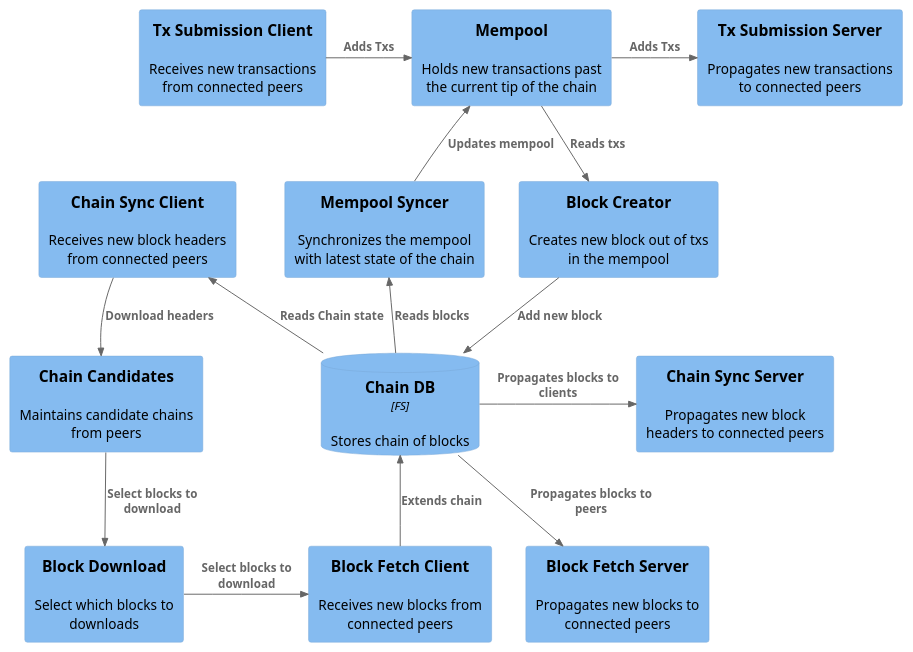
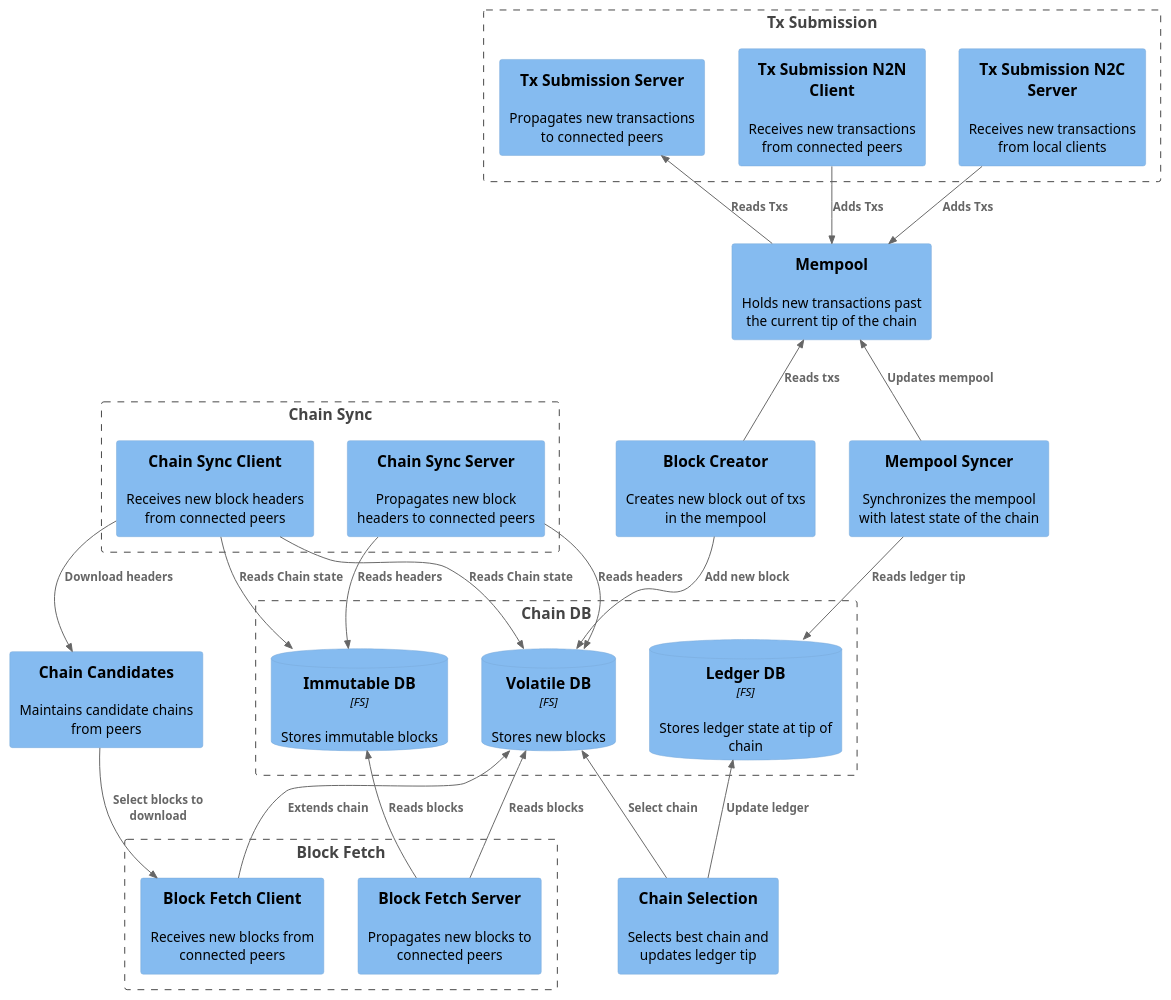
One commit to IntersectMBO/ouroboros-network changed the diagram in scripts/c4-component.puml. Above: the diagram before and after it, drawn with PlantUML. The commit also changed 1 other file, not shown here.

Commit message:
Update component diagram following review comments
* Update links to better reflect flow of control
* Refined components with more detailed Chain DB

```diff
--- a/scripts/c4-component.puml
+++ b/scripts/c4-component.puml
@@ -1,42 +1,61 @@
 @startuml Consensus
 !include https://raw.githubusercontent.com/plantuml-stdlib/C4-PlantUML/master/C4_Component.puml
 HIDE_STEREOTYPE()
 
-ComponentDb(chainDB, "Chain DB", "FS", "Stores chain of blocks", $link="https://input-output-hk.github.io/ouroboros-network/ouroboros-consensus/Ouroboros-Consensus-Storage-ChainDB.html")
+Boundary(chain_db, "Chain DB") {
+        ComponentDb(immutable_db, "Immutable DB", "FS", "Stores immutable blocks", $link="https://input-output-hk.github.io/ouroboros-network/ouroboros-consensus/Ouroboros-Consensus-Storage-ChainDB.html")
+        ComponentDb(volatile_db, "Volatile DB", "FS", "Stores new blocks", $link="https://input-output-hk.github.io/ouroboros-network/ouroboros-consensus/Ouroboros-Consensus-Storage-VolatileDB.html")
+        ComponentDb(ledger_db, "Ledger DB", "FS", "Stores ledger state at tip of chain", $link="https://input-output-hk.github.io/ouroboros-network/ouroboros-consensus/Ouroboros-Consensus-Storage-LedgerDB-InMemory.html")
+}
 
 
 Component(mempool, "Mempool", "", "Holds new transactions past the current tip of the chain", $link="https://input-output-hk.github.io/ouroboros-network/ouroboros-consensus/Ouroboros-Consensus-Mempool.html")
 Component(syncer, "Mempool Syncer", "", "Synchronizes the mempool with latest state of the chain", $link="https://input-output-hk.github.io/ouroboros-network/ouroboros-consensus/Ouroboros-Consensus-Mempool-Impl.html")
 Component(block_creation, "Block Creator", "", "Creates new block out of txs in the mempool", $link = "https://input-output-hk.github.io/ouroboros-network/ouroboros-consensus/Ouroboros-Consensus-Block-Forging.html")
 Component(candidates, "Chain Candidates", "", "Maintains candidate chains from peers")
-Component(block_download, "Block Download", "", "Select which blocks to downloads")
-
-Component(tx_sub_in, "Tx Submission Client", "", "Receives new transactions from connected peers", $link="https://input-output-hk.github.io/ouroboros-network/ouroboros-network-protocols/Ouroboros-Network-Protocol-TxSubmission2-Client.html")
-Component(tx_sub_out, "Tx Submission Server", "", "Propagates new transactions to connected peers", $link="https://input-output-hk.github.io/ouroboros-network/ouroboros-network-protocols/Ouroboros-Network-Protocol-TxSubmission2-Server.html")
-
-Component(chain_sync_in, "Chain Sync Client", "", "Receives new block headers from connected peers", $link="https://input-output-hk.github.io/ouroboros-network/ouroboros-network-protocols/Ouroboros-Network-Protocol-ChainSync-Client.html")
-Component(chain_sync_out, "Chain Sync Server", "", "Propagates new block headers to connected peers", $link="https://input-output-hk.github.io/ouroboros-network/ouroboros-network-protocols/Ouroboros-Network-Protocol-ChainSync-Server.html")
-
-Component(block_fetch_in, "Block Fetch Client", "", "Receives new blocks from connected peers", $link="https://input-output-hk.github.io/ouroboros-network/ouroboros-network-protocols/Ouroboros-Network-Protocol-BlockFetch-Client.html")
-Component(block_fetch_out, "Block Fetch Server", "", "Propagates new blocks to connected peers", $link="https://input-output-hk.github.io/ouroboros-network/ouroboros-network-protocols/Ouroboros-Network-Protocol-BlockFetch-Server.html")
+Component(selection, "Chain Selection", "", "Selects best chain and updates ledger tip", $link = "https://input-output-hk.github.io/ouroboros-network/ouroboros-consensus/Ouroboros-Consensus-HardFork-Combinator-Protocol-ChainSel.html")
 
 
-Rel_U(chainDB, syncer, "Reads blocks")
+Boundary(tx_sub, "Tx Submission") {
+        Component(tx_sub_in, "Tx Submission N2N Client", "", "Receives new transactions from connected peers", $link="https://input-output-hk.github.io/ouroboros-network/ouroboros-network-protocols/Ouroboros-Network-Protocol-TxSubmission2-Client.html")
+        Component(tx_sub_server, "Tx Submission N2C Server", "", "Receives new transactions from local clients", $link="https://input-output-hk.github.io/ouroboros-network/ouroboros-network-protocols/Ouroboros-Network-Protocol-LocalTxSubmission-Server.html")
+        Component(tx_sub_out, "Tx Submission Server", "", "Propagates new transactions to connected peers", $link="https://input-output-hk.github.io/ouroboros-network/ouroboros-network-protocols/Ouroboros-Network-Protocol-TxSubmission2-Server.html")
+}
+
+Boundary(chain_sync, "Chain Sync"){
+        Component(chain_sync_in, "Chain Sync Client", "", "Receives new block headers from connected peers", $link="https://input-output-hk.github.io/ouroboros-network/ouroboros-network-protocols/Ouroboros-Network-Protocol-ChainSync-Client.html")
+        Component(chain_sync_out, "Chain Sync Server", "", "Propagates new block headers to connected peers", $link="https://input-output-hk.github.io/ouroboros-network/ouroboros-network-protocols/Ouroboros-Network-Protocol-ChainSync-Server.html")
+}
+
+Boundary(block_fetch, "Block Fetch"){
+        Component(block_fetch_in, "Block Fetch Client", "", "Receives new blocks from connected peers", $link="https://input-output-hk.github.io/ouroboros-network/ouroboros-network-protocols/Ouroboros-Network-Protocol-BlockFetch-Client.html")
+        Component(block_fetch_out, "Block Fetch Server", "", "Propagates new blocks to connected peers", $link="https://input-output-hk.github.io/ouroboros-network/ouroboros-network-protocols/Ouroboros-Network-Protocol-BlockFetch-Server.html")
+}
+
+Rel_D(syncer, ledger_db, "Reads ledger tip")
 Rel_U(syncer, mempool, "Updates mempool")
-Rel_D(mempool, block_creation, "Reads txs")
-Rel_D(block_creation, chainDB, "Add new block")
+Rel_U(block_creation, mempool, "Reads txs")
+Rel_D(block_creation, volatile_db, "Add new block")
+Rel_U(selection, volatile_db, "Select chain")
+Rel_U(selection, ledger_db, "Update ledger")
 
-Rel_R(tx_sub_in, mempool, "Adds Txs")
-Rel_R(mempool, tx_sub_out, "Adds Txs")
+Rel(tx_sub_in, mempool, "Adds Txs")
+Rel(tx_sub_server, mempool, "Adds Txs")
+Rel(mempool, tx_sub_out, "Reads Txs")
 
 Lay_L(block_fetch_out, block_fetch_in)
 
-Rel_L(chainDB, chain_sync_in, "Reads Chain state")
-Rel_D(chain_sync_in, candidates, "Download headers")
-Rel_D(candidates, block_download, "Select blocks to download")
-Rel_R(block_download, block_fetch_in, "Select blocks to download")
-Rel_U(block_fetch_in, chainDB, "Extends chain")
-Rel_D(chainDB, block_fetch_out, "Propagates blocks to peers")
-Rel_R(chainDB, chain_sync_out, "Propagates blocks to clients")
+Lay_R(chain_sync_in, chain_sync_out)
+
+Rel(chain_sync_in, immutable_db, "Reads Chain state")
+Rel(chain_sync_in, volatile_db, "Reads Chain state")
+Rel(chain_sync_in, candidates, "Download headers")
+Rel(chain_sync_out, immutable_db, "Reads headers")
+Rel(chain_sync_out, volatile_db, "Reads headers")
+
+Rel_D(candidates, block_fetch_in, "Select blocks to download")
+Rel_U(block_fetch_in, volatile_db, "Extends chain")
+Rel_U(block_fetch_out, volatile_db, "Reads blocks")
+Rel_U(block_fetch_out, immutable_db, "Reads blocks")
 
 @enduml
```
